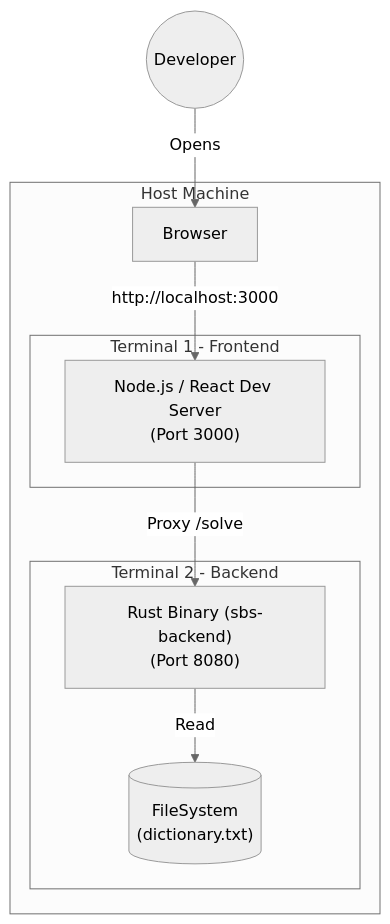
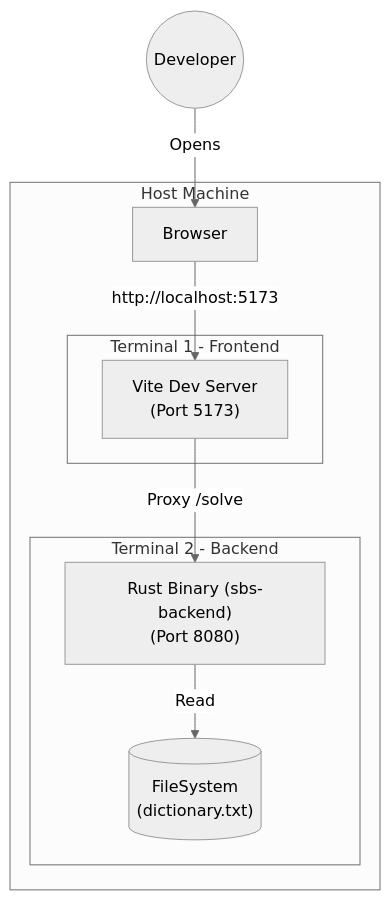
The diagram in architecture/native.mmd (wkusnierczyk/spelling-bee-solver), drawn with Mermaid (neutral theme) before and after one commit. The commit also changed 5 other files, not shown here.

Commit message:
Update architecture diagrams

```diff
--- a/architecture/native.mmd
+++ b/architecture/native.mmd
@@ -1,20 +1,20 @@
 graph TD
     User((Developer))
     
     subgraph "Host Machine"
         Browser[Browser]
         
         subgraph "Terminal 1 - Frontend"
-            ReactDev["Node.js / React Dev Server<br/>(Port 3000)"]
+            ReactDev["Vite Dev Server<br/>(Port 5173)"]
         end
         
         subgraph "Terminal 2 - Backend"
             RustBinary["Rust Binary (sbs-backend)<br/>(Port 8080)"]
             FileSys[("FileSystem<br/>(dictionary.txt)")]
         end
     end
 
     User -->|Opens| Browser
-    Browser -->|http://localhost:3000| ReactDev
+    Browser -->|http://localhost:5173| ReactDev
     ReactDev -->|Proxy /solve| RustBinary
     RustBinary -->|Read| FileSys
```
